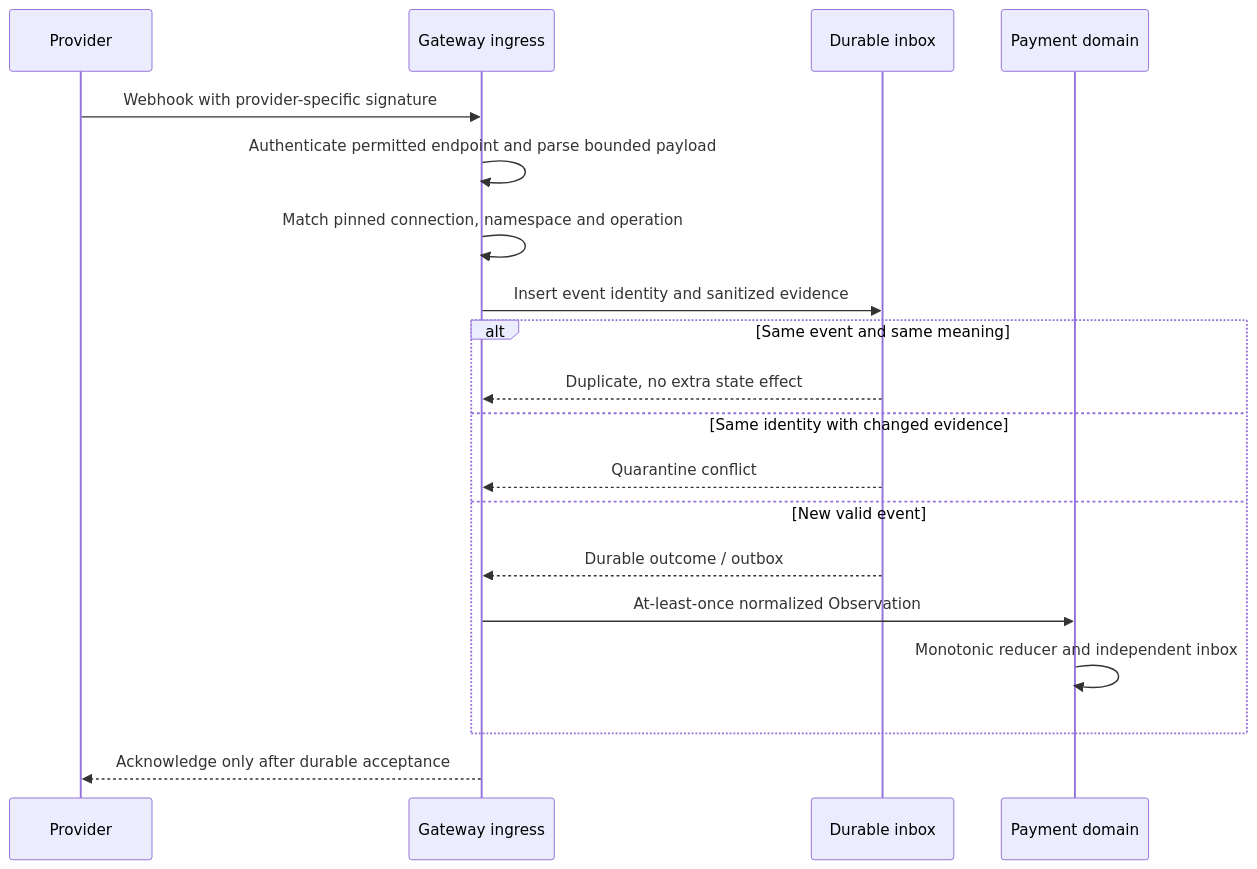
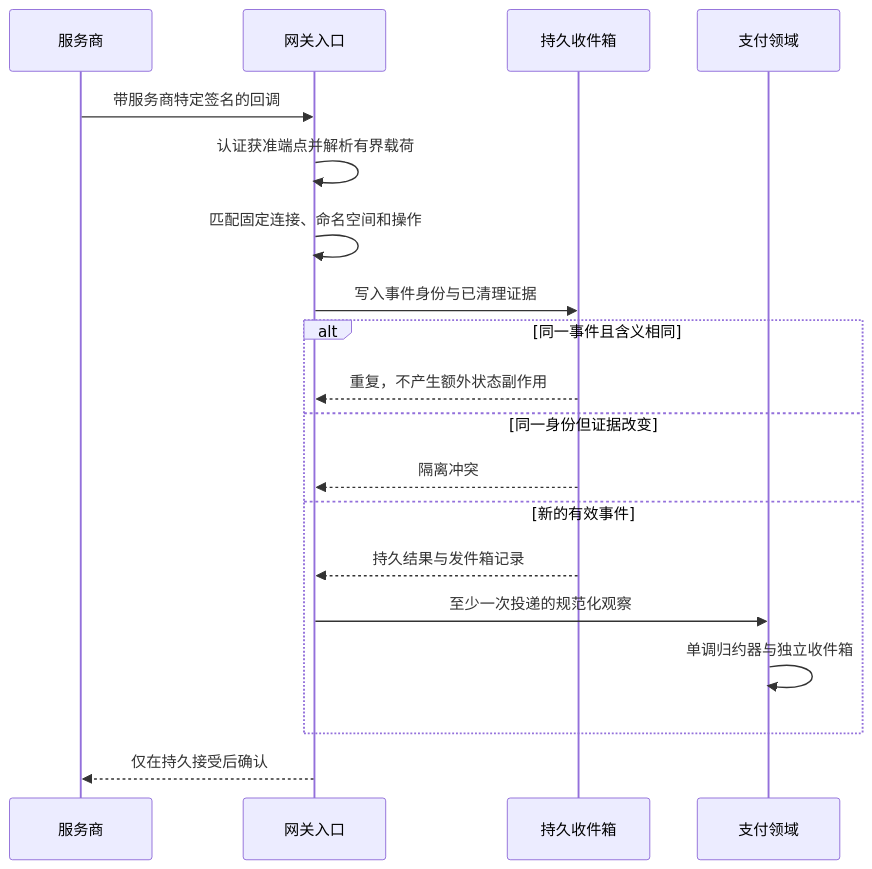
The second of 2 diagrams in appendices/security-compliance.md (YouEclipse/Designing-Modern-Payment-Systems), drawn with Mermaid before and after one commit. The commit also changed other lines of this file and 59 other files, not shown here.

````diff
--- a/appendices/security-compliance.md
+++ b/appendices/security-compliance.md
@@ -181,21 +181,21 @@
 ```mermaid
 sequenceDiagram
-    participant P as Provider
-    participant G as Gateway ingress
-    participant I as Durable inbox
-    participant M as Payment domain
-    P->>G: Webhook with provider-specific signature
-    G->>G: Authenticate permitted endpoint and parse bounded payload
-    G->>G: Match pinned connection, namespace and operation
-    G->>I: Insert event identity and sanitized evidence
-    alt Same event and same meaning
-        I-->>G: Duplicate, no extra state effect
-    else Same identity with changed evidence
-        I-->>G: Quarantine conflict
-    else New valid event
-        I-->>G: Durable outcome / outbox
-        G->>M: At-least-once normalized Observation
-        M->>M: Monotonic reducer and independent inbox
+    participant P as 服务商
+    participant G as 网关入口
+    participant I as 持久收件箱
+    participant M as 支付领域
+    P->>G: 带服务商特定签名的回调
+    G->>G: 认证获准端点并解析有界载荷
+    G->>G: 匹配固定连接、命名空间和操作
+    G->>I: 写入事件身份与已清理证据
+    alt 同一事件且含义相同
+        I-->>G: 重复，不产生额外状态副作用
+    else 同一身份但证据改变
+        I-->>G: 隔离冲突
+    else 新的有效事件
+        I-->>G: 持久结果与发件箱记录
+        G->>M: 至少一次投递的规范化观察
+        M->>M: 单调归约器与独立收件箱
     end
-    G-->>P: Acknowledge only after durable acceptance
+    G-->>P: 仅在持久接受后确认
 ```
````
